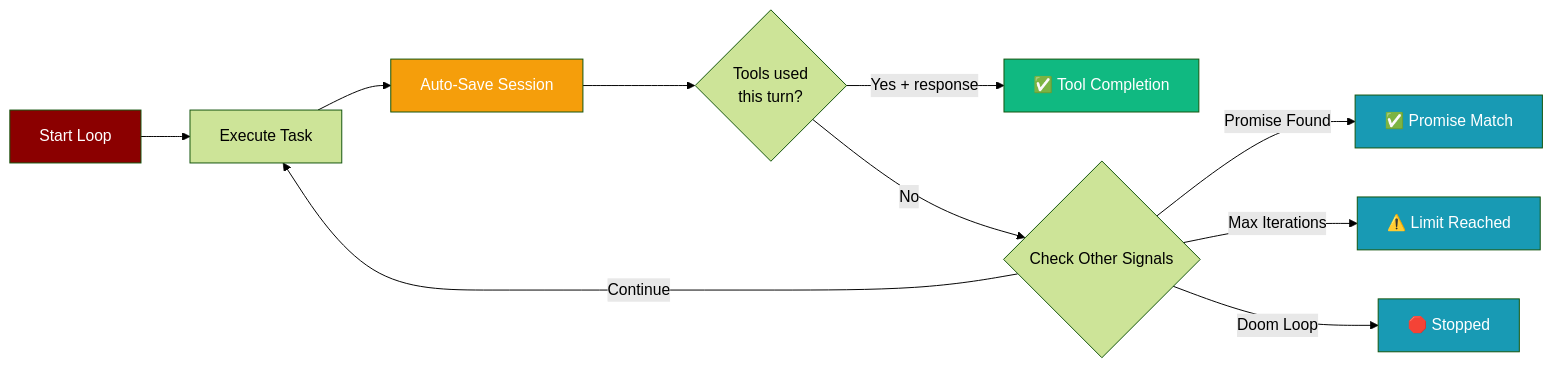
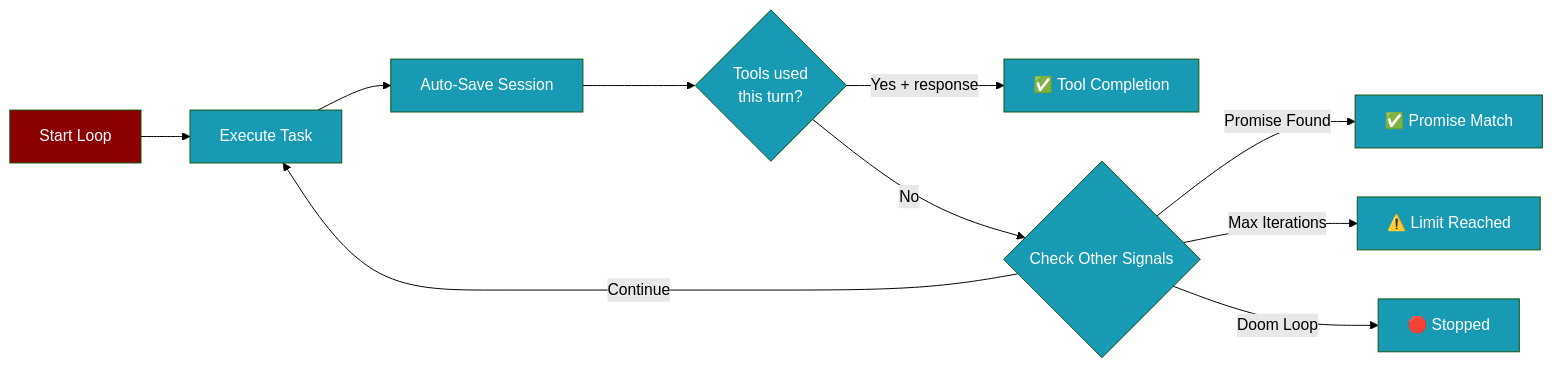
Before and after one commit to MervinPraison/PraisonAIDocs: the first of 5 diagrams in docs/features/autonomy-loop.mdx, drawn with Mermaid (forest theme). The commit also changed 24 other files, not shown here.

````diff
--- a/docs/features/autonomy-loop.mdx
+++ b/docs/features/autonomy-loop.mdx
@@ -13,19 +13,18 @@
 ```mermaid
 flowchart LR
     A[Start Loop] --> B[Execute Task]
     B --> S[Auto-Save Session]
     S --> TC{Tools used\nthis turn?}
     TC -->|Yes + response| D1["✅ Tool Completion"]
     TC -->|No| C{Check Other Signals}
     C -->|Promise Found| D[✅ Promise Match]
     C -->|Max Iterations| E[⚠️ Limit Reached]
     C -->|Doom Loop| F[🛑 Stopped]
     C -->|Continue| B
     
-    style A fill:#8B0000,color:#fff
-    style S fill:#F59E0B,color:#fff
-    style D1 fill:#10B981,color:#fff
-    style D fill:#189AB4,color:#fff
-    style E fill:#189AB4,color:#fff
-    style F fill:#189AB4,color:#fff
+    classDef agent fill:#8B0000,color:#fff
+    classDef tool fill:#189AB4,color:#fff
+    
+    class A agent
+    class B,S,TC,C,D1,D,E,F tool
 ```
````
